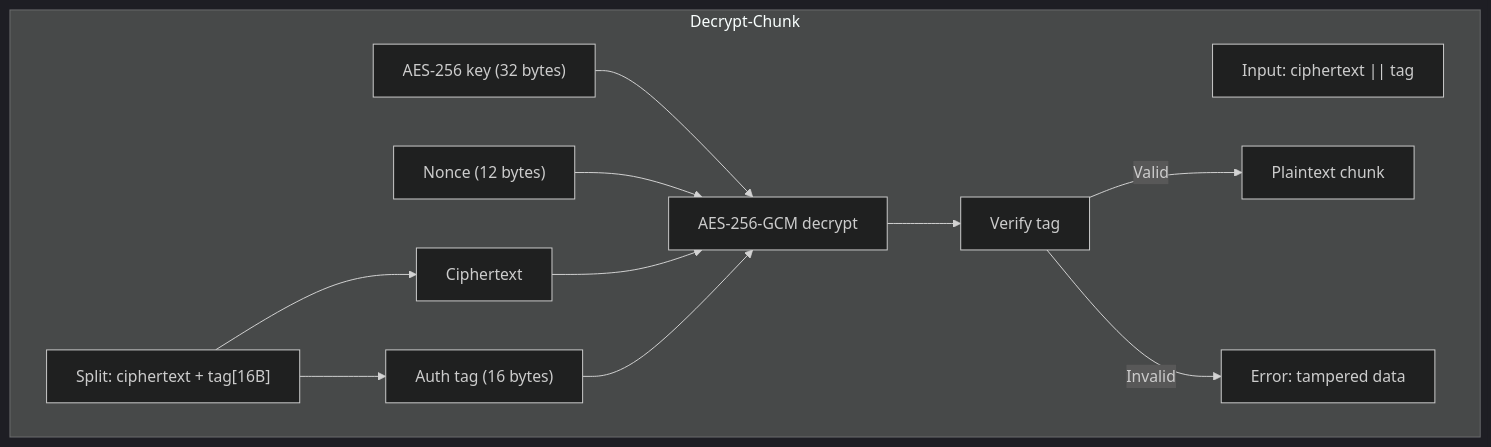
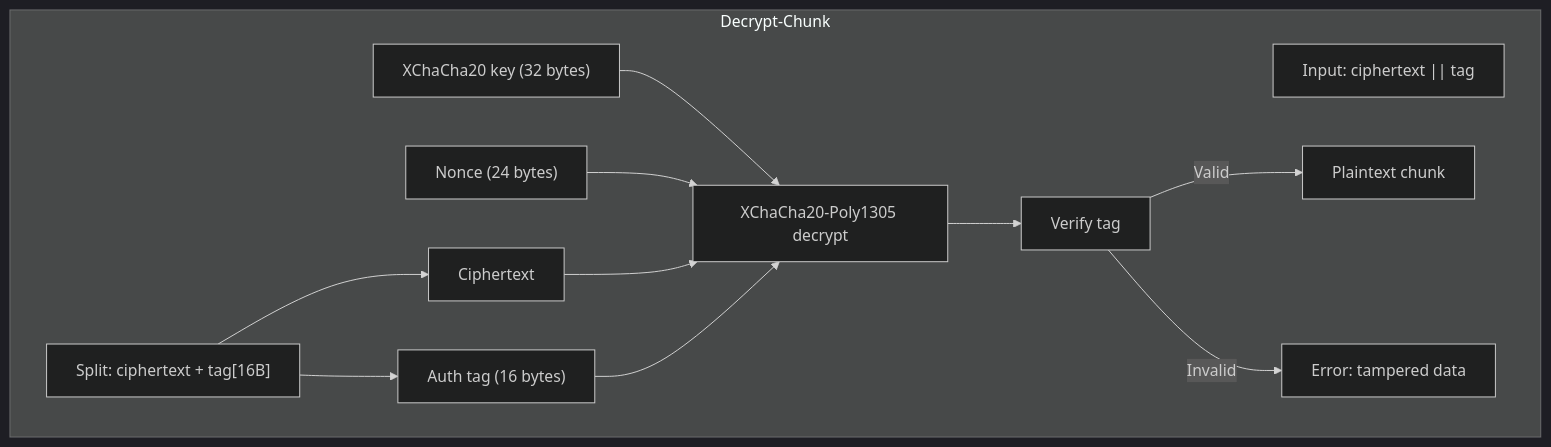
One commit to chithi-dev/chithi changed diagram 12 of 33 in apps/docs/crypto-architecture.md. Above: the diagram before and after it, drawn with Mermaid (dark theme). The commit also changed other lines of this file, not shown here.

First line of the commit message:
docs: update crypto-architecture.md for XChaCha20-Poly1305 migration

````diff
--- a/apps/docs/crypto-architecture.md
+++ b/apps/docs/crypto-architecture.md
@@ -412,18 +331,18 @@
 ```mermaid
 flowchart TD
     subgraph Decrypt-Chunk
         Input["Input: ciphertext || tag"]
         Split["Split: ciphertext + tag[16B]"]
         Split --> CT["Ciphertext"]
         Split --> Tag["Auth tag (16 bytes)"]
-        K["AES-256 key (32 bytes)"]
-        N["Nonce (12 bytes)"]
-        K --> GCM["AES-256-GCM decrypt"]
-        N --> GCM
-        CT --> GCM
-        Tag --> GCM
-        GCM --> Verify["Verify tag"]
+        K["XChaCha20 key (32 bytes)"]
+        N["Nonce (24 bytes)"]
+        K --> XCHACHA["XChaCha20-Poly1305 decrypt"]
+        N --> XCHACHA
+        CT --> XCHACHA
+        Tag --> XCHACHA
+        XCHACHA --> Verify["Verify tag"]
         Verify -->|Valid| P["Plaintext chunk"]
         Verify -->|Invalid| Err["Error: tampered data"]
     end
 ```
````
